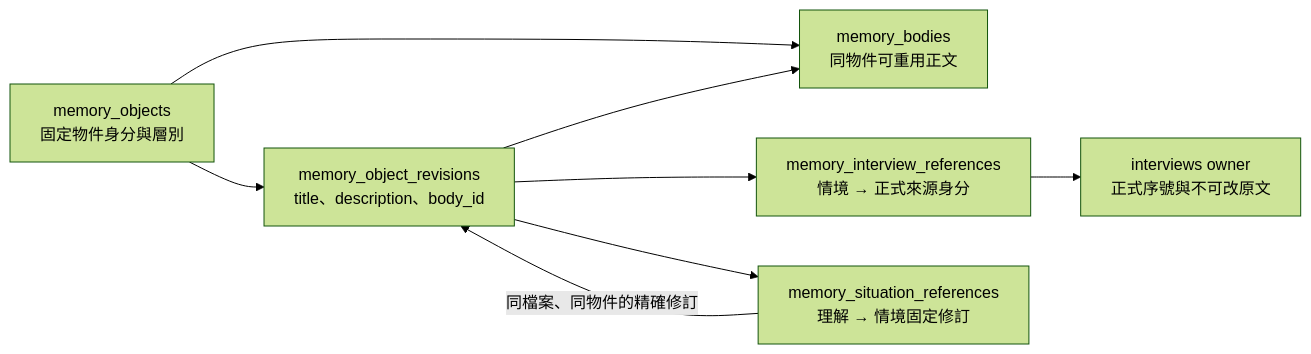
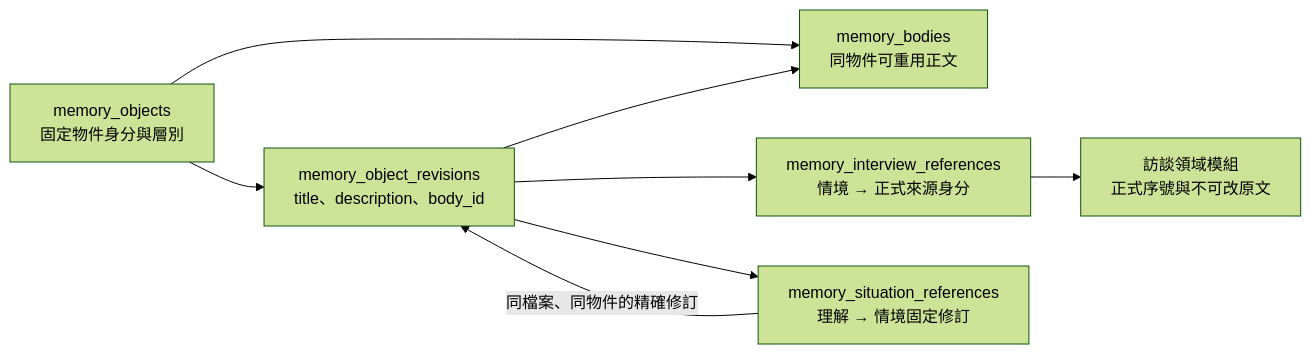
One commit to JD-Consultant/Caliburn changed the second of 3 diagrams in docs/implementation/memory-storage.md. Above: the diagram before and after it, drawn with Mermaid (forest theme). The commit also changed other lines of this file and 38 other files, not shown here.

First line of the commit message:
docs: curate architecture, reports and experiment evidence

````diff
--- a/docs/implementation/memory-storage.md
+++ b/docs/implementation/memory-storage.md
@@ -63,10 +63,10 @@
 ```mermaid
 flowchart LR
   O[memory_objects<br/>固定物件身分與層別] --> B[memory_bodies<br/>同物件可重用正文]
   O --> R[memory_object_revisions<br/>title、description、body_id]
   R --> B
   R --> I[memory_interview_references<br/>情境 → 正式來源身分]
-  I --> F[interviews owner<br/>正式序號與不可改原文]
+  I --> F[訪談領域模組<br/>正式序號與不可改原文]
   R --> S[memory_situation_references<br/>理解 → 情境固定修訂]
   S -->|同檔案、同物件的精確修訂| R
 ```
````
